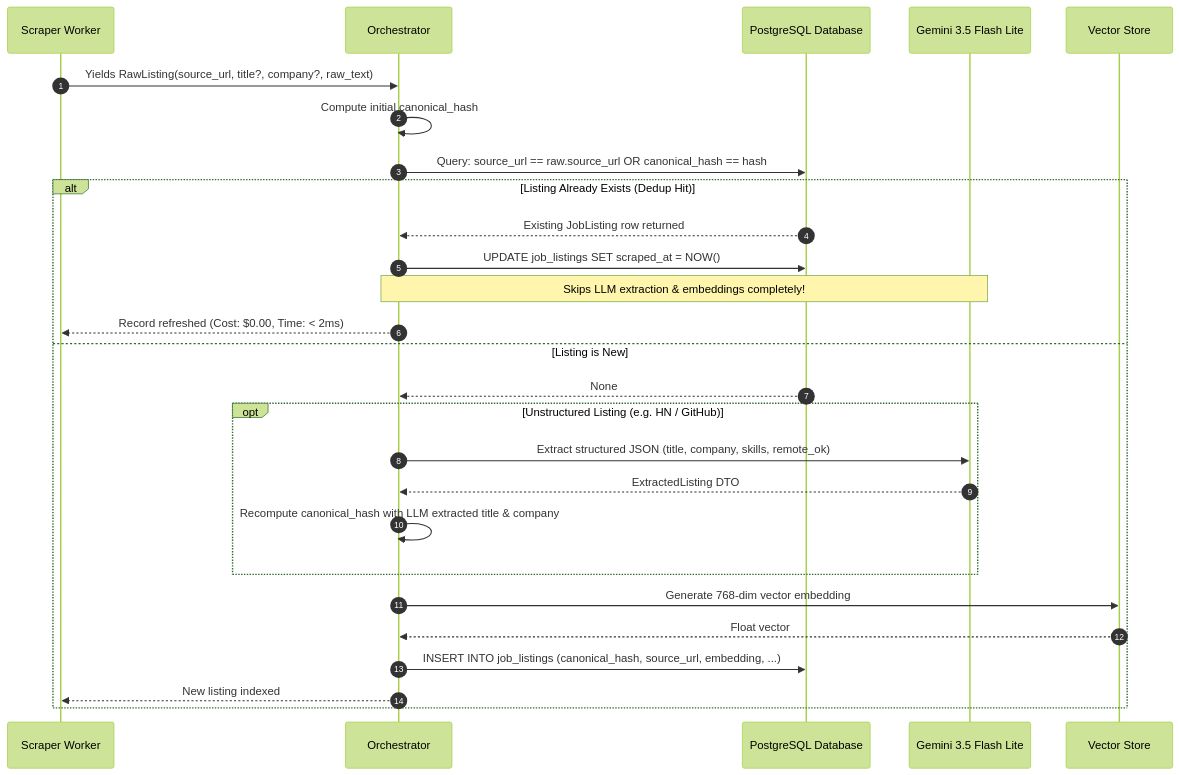
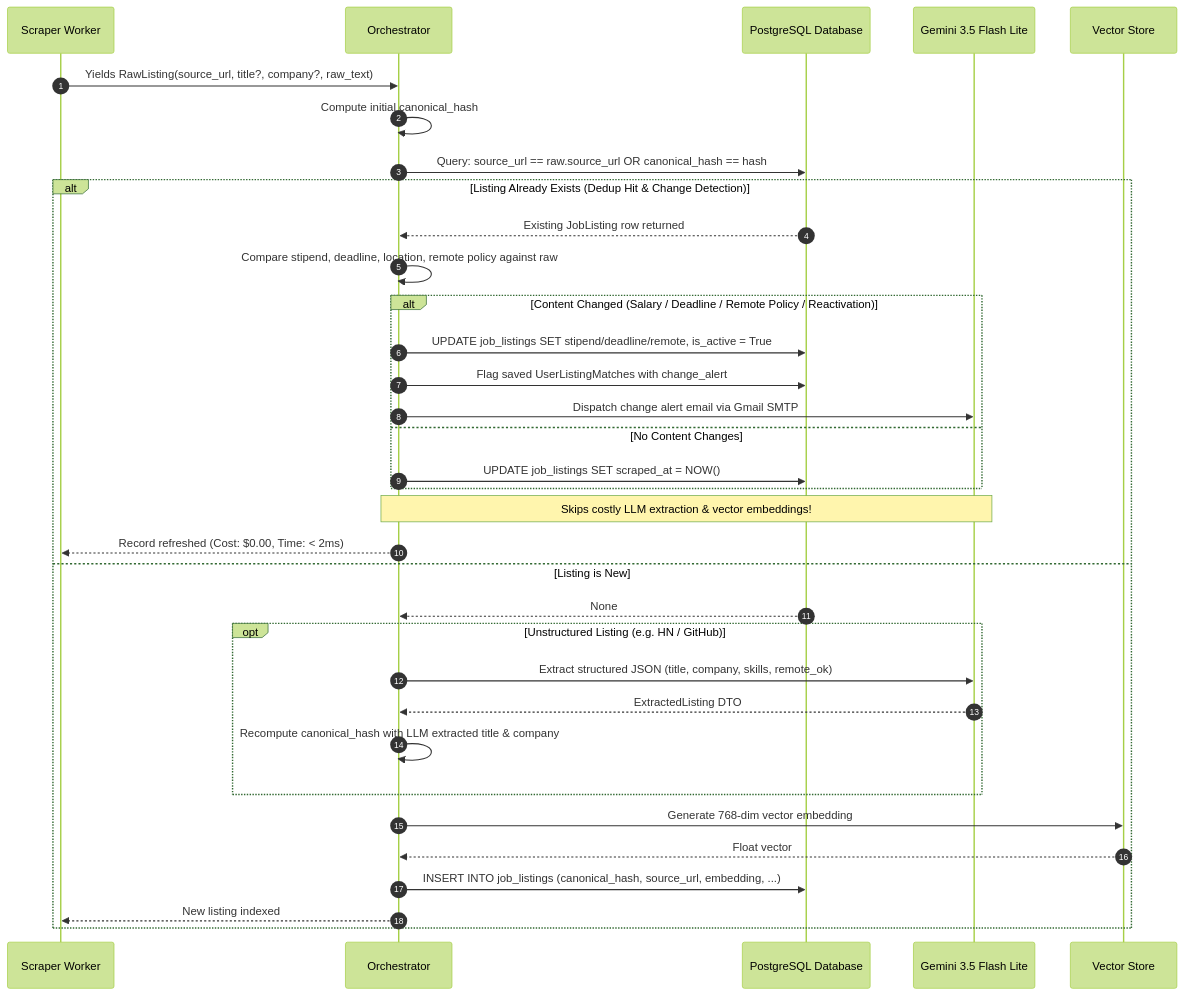
The second of 2 diagrams in README.md (VHarshedh/Nexus), drawn with Mermaid (forest theme) before and after one commit. The commit also changed other lines of this file and 14 other files, not shown here.

Commit message:
Scheduled runs — a cron job that re-scrapes and refreshes matches automatically. • Change detection — notify the user when a saved listing is edited or taken down.

````diff
--- a/README.md
+++ b/README.md
@@ -85,30 +85,37 @@
 ```mermaid
 sequenceDiagram
     autonumber
     participant S as Scraper Worker
     participant O as Orchestrator
     participant DB as PostgreSQL Database
     participant AI as Gemini 3.5 Flash Lite
     participant V as Vector Store
 
     S->>O: Yields RawListing(source_url, title?, company?, raw_text)
     O->>O: Compute initial canonical_hash
     O->>DB: Query: source_url == raw.source_url OR canonical_hash == hash
-    alt Listing Already Exists (Dedup Hit)
+    alt Listing Already Exists (Dedup Hit & Change Detection)
         DB-->>O: Existing JobListing row returned
-        O->>DB: UPDATE job_listings SET scraped_at = NOW()
-        Note over O,AI: Skips LLM extraction & embeddings completely!
+        O->>O: Compare stipend, deadline, location, remote policy against raw
+        alt Content Changed (Salary / Deadline / Remote Policy / Reactivation)
+            O->>DB: UPDATE job_listings SET stipend/deadline/remote, is_active = True
+            O->>DB: Flag saved UserListingMatches with change_alert
+            O->>AI: Dispatch change alert email via Gmail SMTP
+        else No Content Changes
+            O->>DB: UPDATE job_listings SET scraped_at = NOW()
+        end
+        Note over O,AI: Skips costly LLM extraction & vector embeddings!
         O-->>S: Record refreshed (Cost: $0.00, Time: < 2ms)
     else Listing is New
         DB-->>O: None
         opt Unstructured Listing (e.g. HN / GitHub)
             O->>AI: Extract structured JSON (title, company, skills, remote_ok)
             AI-->>O: ExtractedListing DTO
             O->>O: Recompute canonical_hash with LLM extracted title & company
         end
         O->>V: Generate 768-dim vector embedding
         V-->>O: Float vector
         O->>DB: INSERT INTO job_listings (canonical_hash, source_url, embedding, ...)
         O-->>S: New listing indexed
     end
 ```
````
